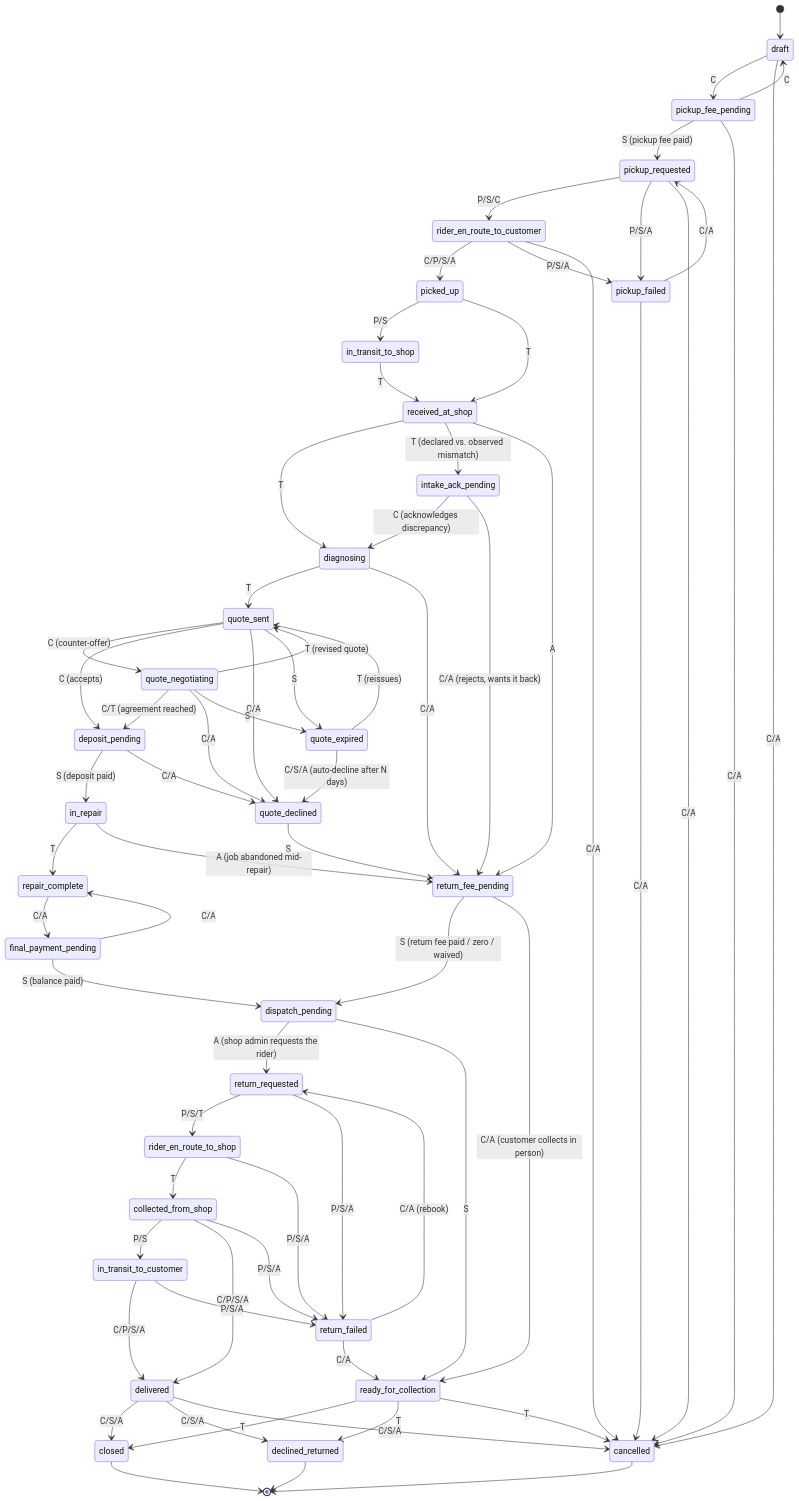
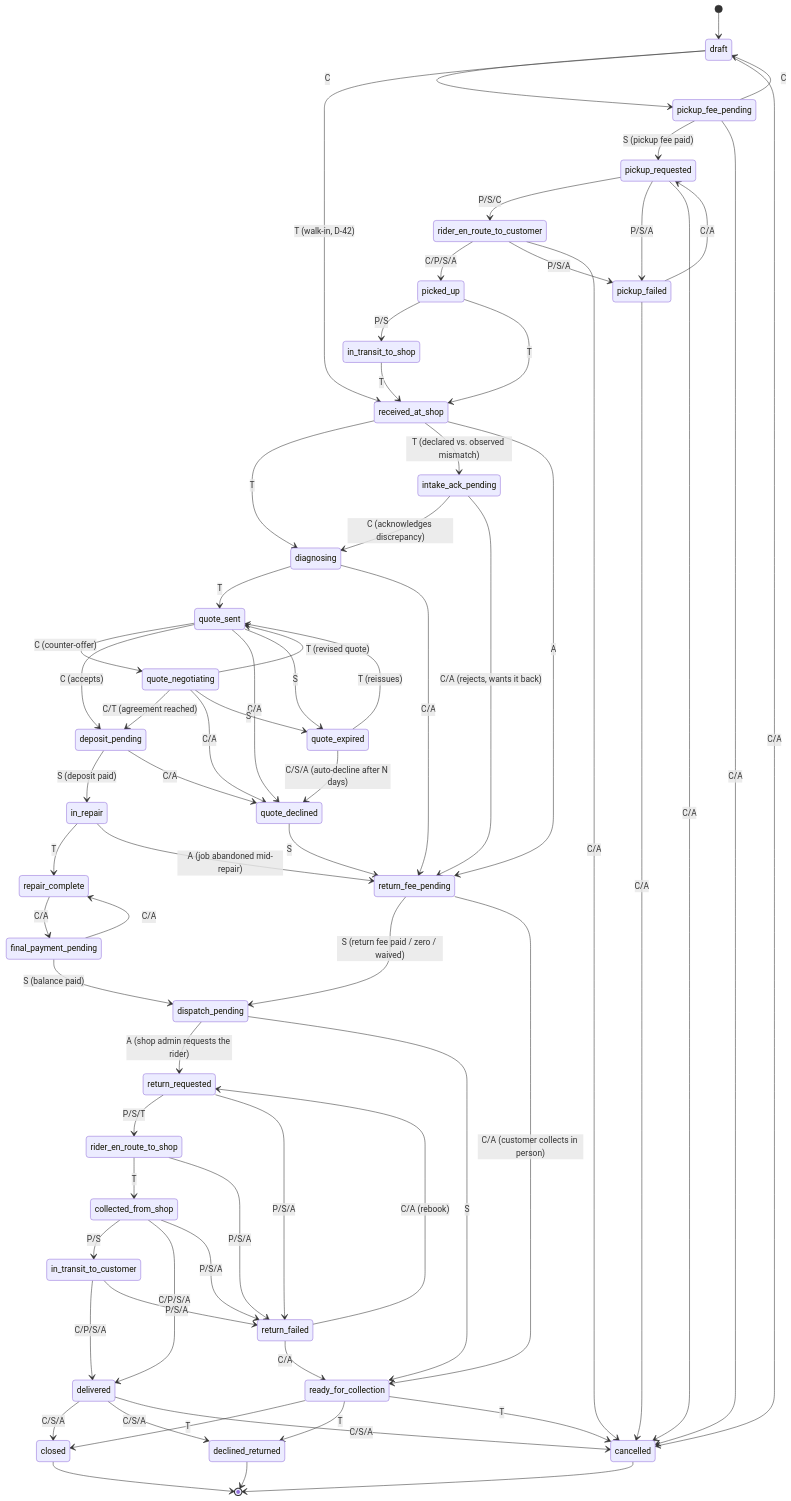
One commit to kephasitati/iRepair changed the diagram in docs/STATE_MACHINE.md. Above: the diagram before and after it, drawn with Mermaid. The commit also changed 32 other files, not shown here.

```diff
--- a/docs/STATE_MACHINE.md
+++ b/docs/STATE_MACHINE.md
@@ -23,6 +23,7 @@
 stateDiagram-v2
     [*] --> draft
     draft --> pickup_fee_pending: C
+    draft --> received_at_shop: T (walk-in, D-42)
     draft --> cancelled: C/A
 
     pickup_fee_pending --> pickup_requested: S (pickup fee paid)
```
